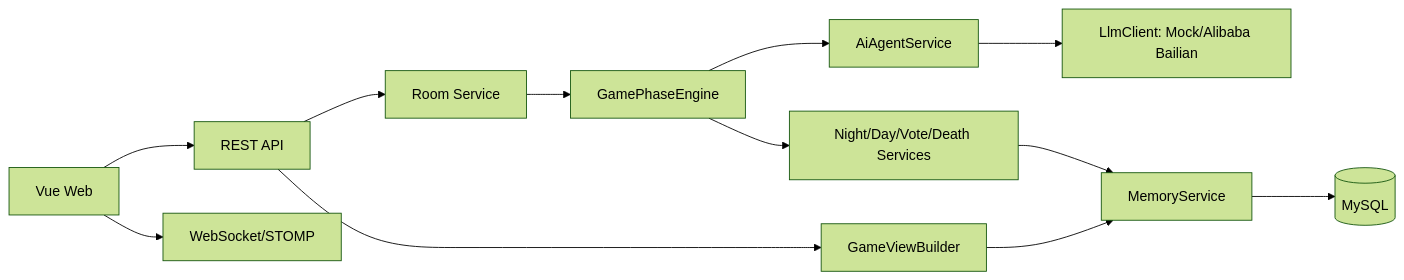
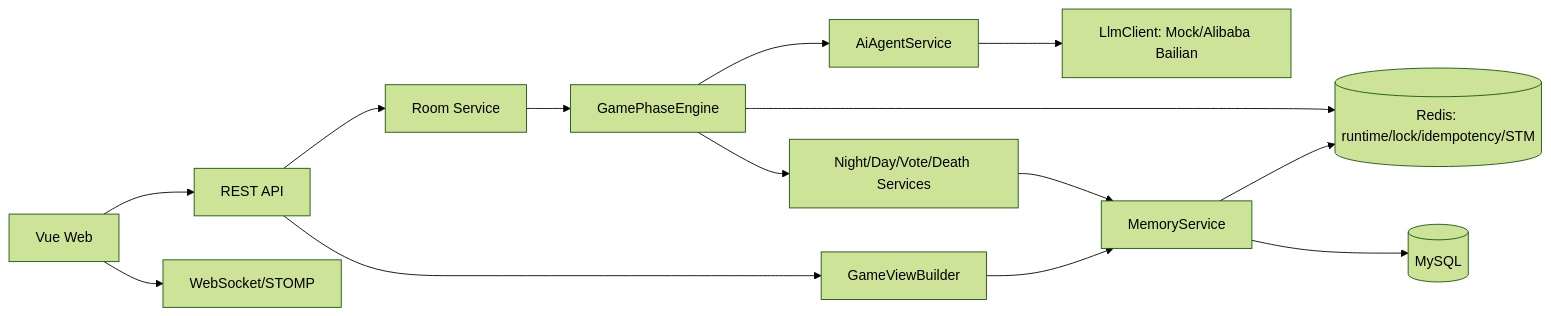
Before and after one commit to Eternally72/AIWerewolf: the diagram in README.md, drawn with Mermaid (forest theme). The commit also changed other lines of this file and 42 other files, not shown here.

````diff
--- a/README.md
+++ b/README.md
@@ -32,14 +32,16 @@
 ```mermaid
 flowchart LR
   Web[Vue Web] --> REST[REST API]
   Web --> WS[WebSocket/STOMP]
   REST --> Room[Room Service]
   REST --> View[GameViewBuilder]
   Room --> Engine[GamePhaseEngine]
   Engine --> Action[Night/Day/Vote/Death Services]
   Engine --> Agent[AiAgentService]
   Agent --> LLM[LlmClient: Mock/Alibaba Bailian]
   Action --> Memory[MemoryService]
   View --> Memory
+  Engine --> Redis[(Redis: runtime/lock/idempotency/STM)]
+  Memory --> Redis
   Memory --> DB[(MySQL)]
 ```
````
